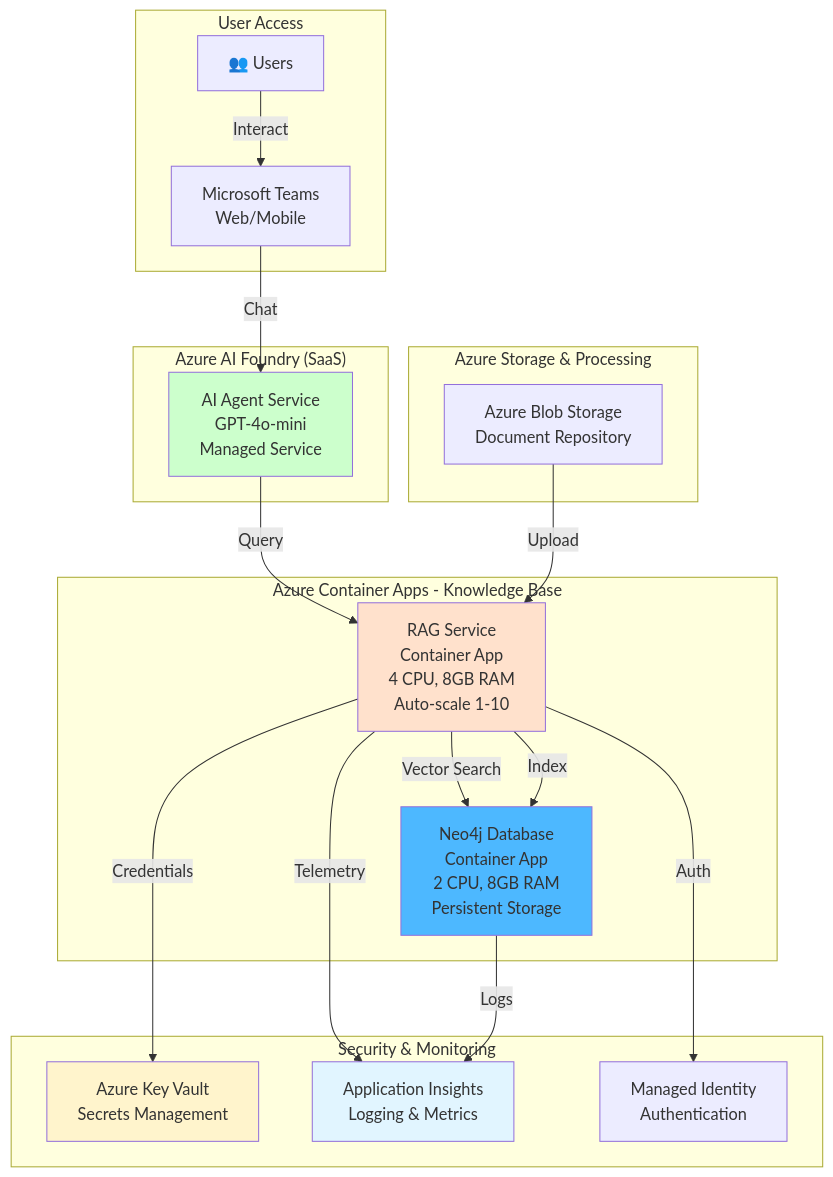
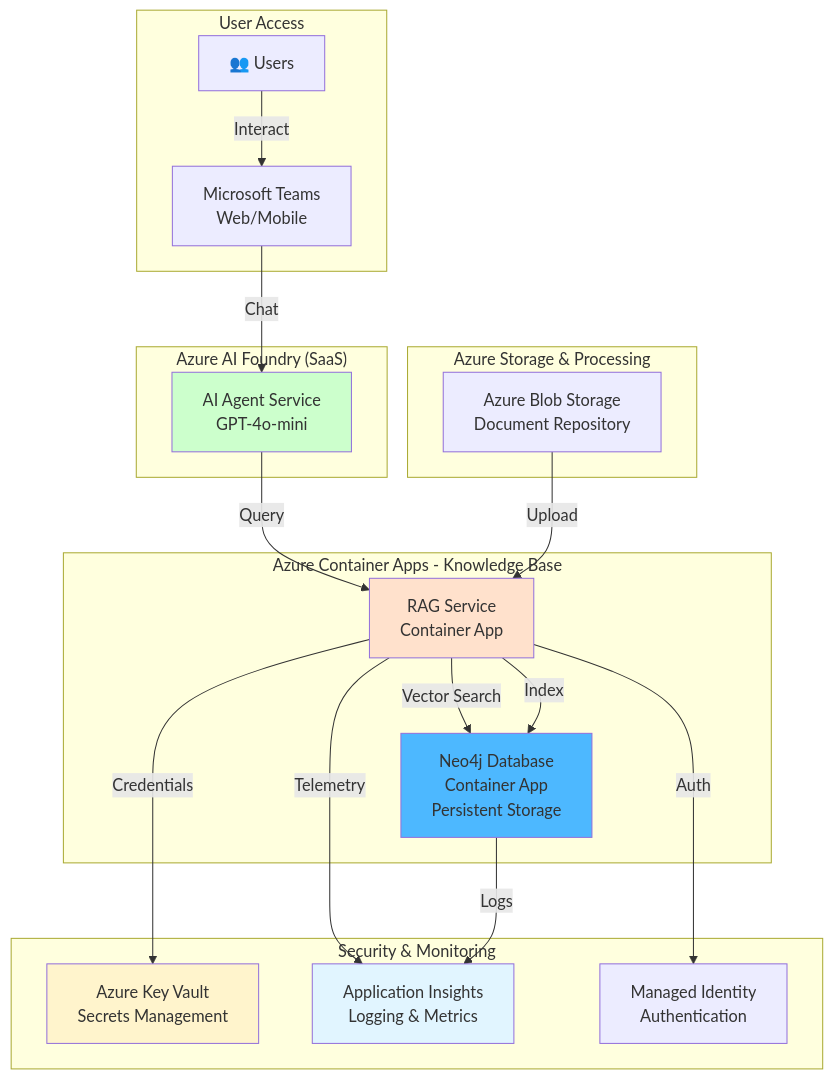
Before and after one commit to ma3u/neo4j-agentframework: the second of 2 diagrams in README.md, drawn with Mermaid. The commit also changed other lines of this file and 2 other files, not shown here.

````diff
--- a/README.md
+++ b/README.md
@@ -107,44 +112,44 @@
 ```mermaid
 graph TB
     subgraph "User Access"
         Users[👥 Users]
         Teams[Microsoft Teams<br/>Web/Mobile]
         Users -->|Interact| Teams
     end
 
     subgraph "Azure AI Foundry (SaaS)"
-        Agent[AI Agent Service<br/>GPT-4o-mini<br/>Managed Service]
+        Agent[AI Agent Service<br/>GPT-4o-mini]
         Teams -->|Chat| Agent
     end
 
     subgraph "Azure Container Apps - Knowledge Base"
-        Neo4jApp[Neo4j Database<br/>Container App<br/>2 CPU, 8GB RAM<br/>Persistent Storage]
-        RAGApp[RAG Service<br/>Container App<br/>4 CPU, 8GB RAM<br/>Auto-scale 1-10]
+        Neo4jApp[Neo4j Database<br/>Container App<br/>Persistent Storage]
+        RAGApp[RAG Service<br/>Container App]
 
         Agent -->|Query| RAGApp
         RAGApp -->|Vector Search| Neo4jApp
     end
 
     subgraph "Azure Storage & Processing"
         BlobStorage[Azure Blob Storage<br/>Document Repository]
         BlobStorage -->|Upload| RAGApp
         RAGApp -->|Index| Neo4jApp
     end
 
     subgraph "Security & Monitoring"
         KeyVault[Azure Key Vault<br/>Secrets Management]
         AppInsights[Application Insights<br/>Logging & Metrics]
         ManagedID[Managed Identity<br/>Authentication]
 
         RAGApp -->|Credentials| KeyVault
         RAGApp -->|Telemetry| AppInsights
         RAGApp -->|Auth| ManagedID
         Neo4jApp -->|Logs| AppInsights
     end
 
     style Agent fill:#ccffcc
     style RAGApp fill:#ffe1cc
     style Neo4jApp fill:#4db8ff
     style AppInsights fill:#e1f5ff
     style KeyVault fill:#fff4cc
 ```
````
